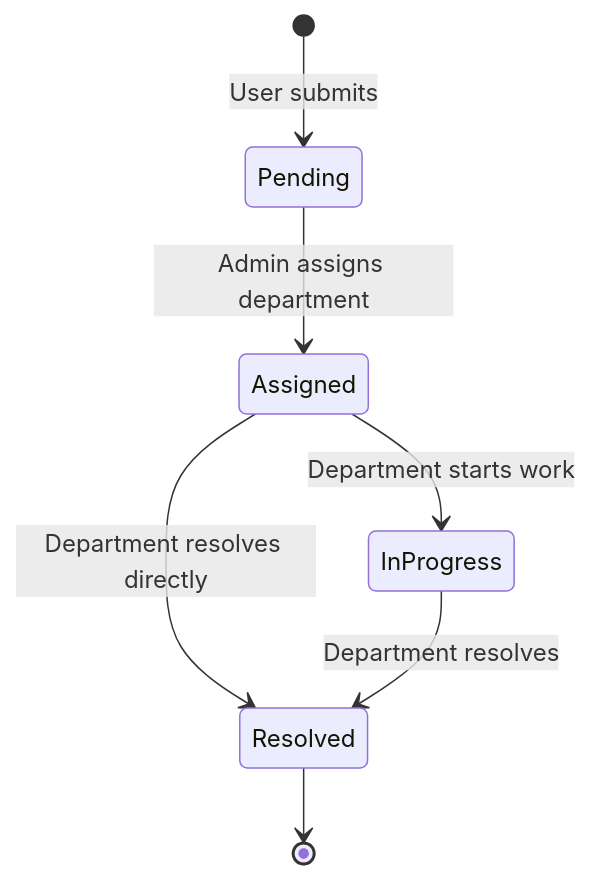
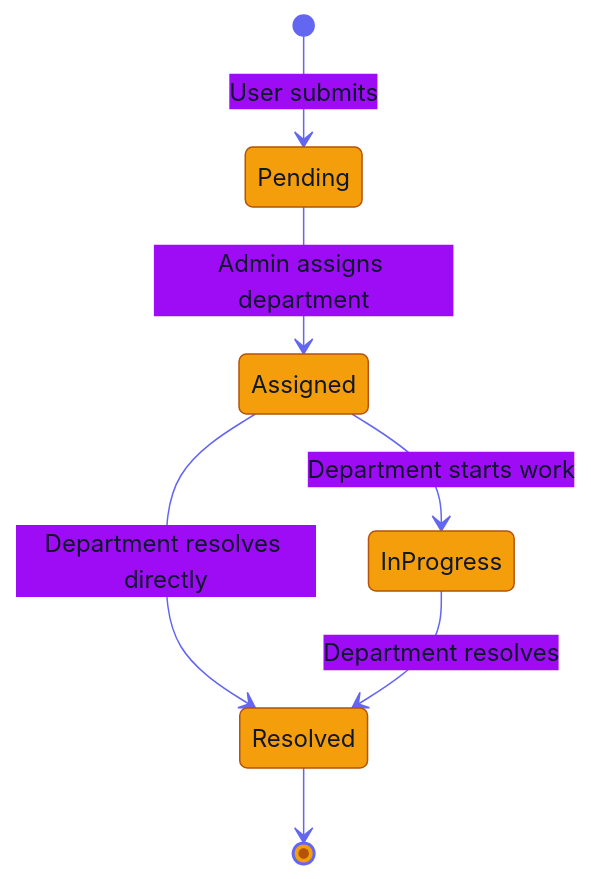
One commit to jagratsati45/complaint_system_project changed the third of 4 diagrams in README.md. Above: the diagram before and after it, drawn with Mermaid. The commit also changed other lines of this file, not shown here.

````diff
--- a/README.md
+++ b/README.md
@@ -222,9 +293,10 @@
 ```mermaid
+%%{init: {'theme':'base','themeVariables':{'primaryColor':'#F59E0B','primaryTextColor':'#0F172A','primaryBorderColor':'#B45309','lineColor':'#6366F1'}}}%%
 stateDiagram-v2
   [*] --> Pending: User submits
   Pending --> Assigned: Admin assigns department
   Assigned --> InProgress: Department starts work
   Assigned --> Resolved: Department resolves directly
   InProgress --> Resolved: Department resolves
   Resolved --> [*]
 ```
````
